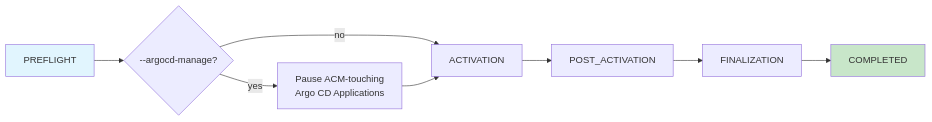
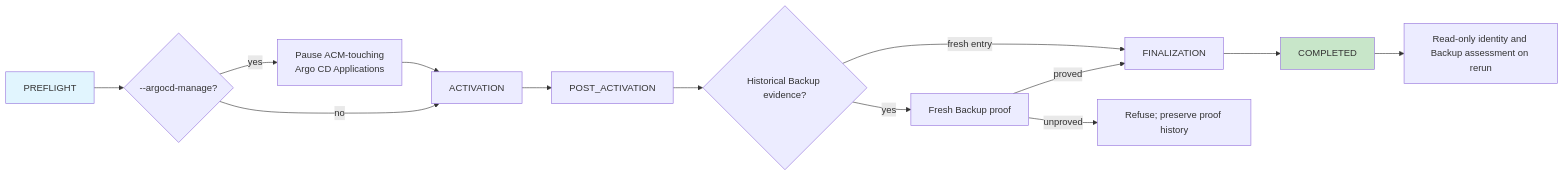
The diagram in README.md (tomazb/rh-acm-switchover), drawn with Mermaid before and after one commit. The commit also changed other lines of this file and 40 other files, not shown here.

````diff
--- a/README.md
+++ b/README.md
@@ -352,12 +353,17 @@
 ```mermaid
 flowchart LR
     A[PREFLIGHT] --> P{--argocd-manage?}
     P -->|yes| Q[Pause ACM-touching<br/>Argo CD Applications]
     P -->|no| B[ACTIVATION]
     Q --> B
     B --> C[POST_ACTIVATION]
-    C --> D[FINALIZATION]
+    C --> H{Historical Backup evidence?}
+    H -->|yes| V[Fresh Backup proof]
+    V -->|proved| D[FINALIZATION]
+    V -->|unproved| R[Refuse; preserve proof history]
+    H -->|fresh entry| D
     D --> E[COMPLETED]
+    E --> I[Read-only identity and Backup assessment on rerun]
     style A fill:#e1f5fe
     style E fill:#c8e6c9
 ```
````
